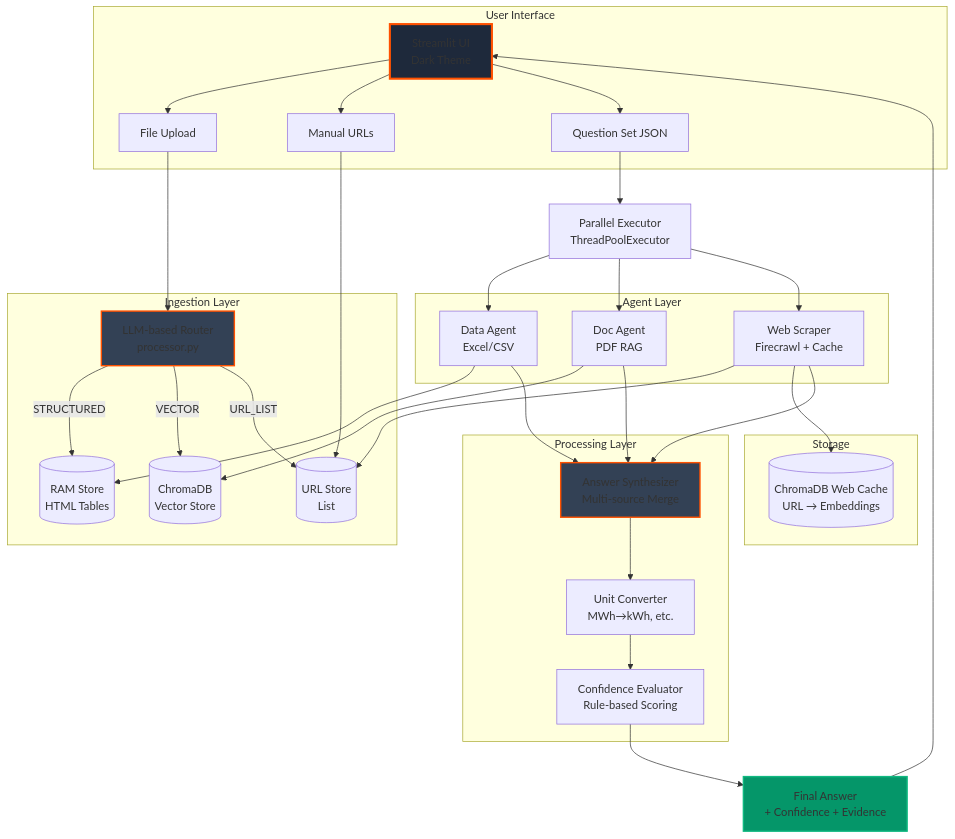
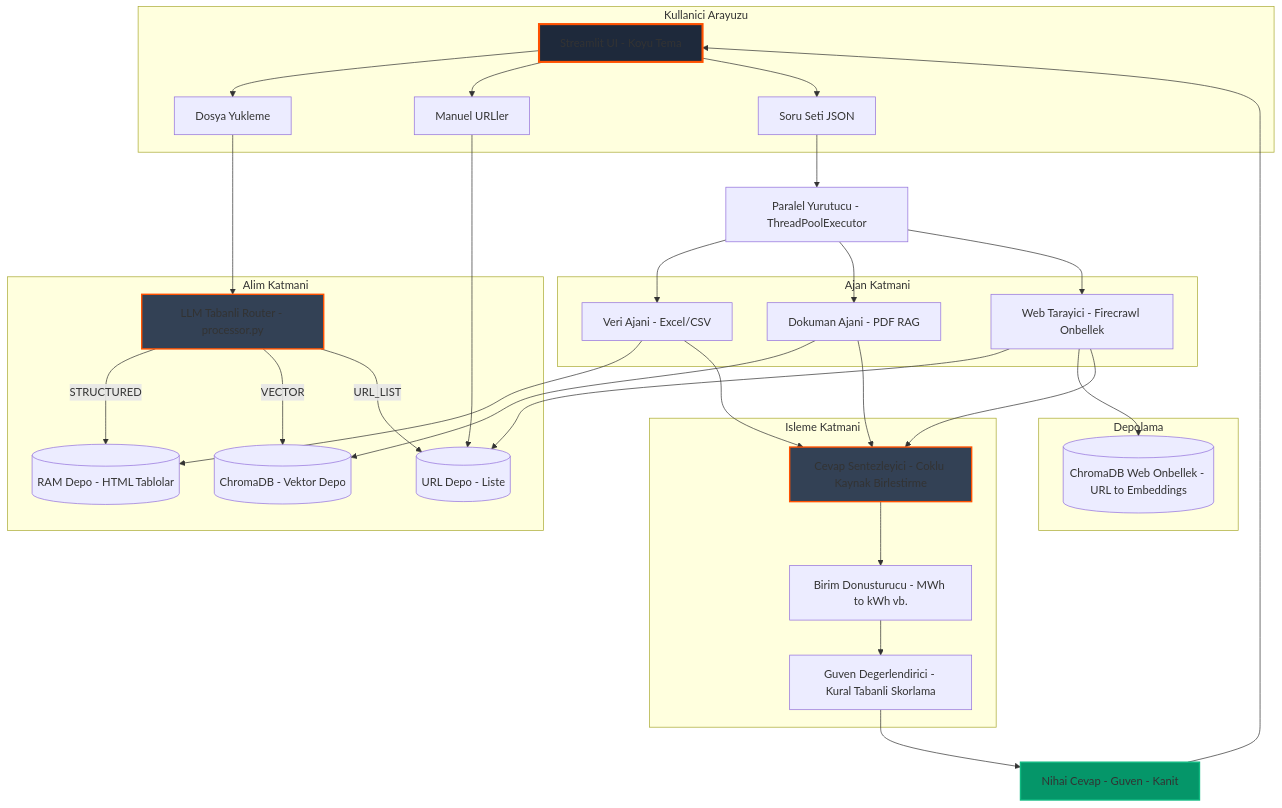
One commit to fillopisyu/KKB-Project changed the first of 8 diagrams in README.md. Above: the diagram before and after it, drawn with Mermaid. The commit also changed other lines of this file, not shown here.

First line of the commit message:
docs: Translate README to Turkish and fix Mermaid syntax errors

````diff
--- a/README.md
+++ b/README.md
@@ -122,67 +122,67 @@
 ```mermaid
 graph TB
-    subgraph "User Interface"
-        UI[Streamlit UI<br/>Dark Theme]
-        UPLOAD[File Upload]
-        URLS[Manual URLs]
-        JSON[Question Set JSON]
+    subgraph "Kullanici Arayuzu"
+        UI[Streamlit UI - Koyu Tema]
+        UPLOAD[Dosya Yukleme]
+        URLS[Manuel URLler]
+        JSON[Soru Seti JSON]
     end
     
-    subgraph "Ingestion Layer"
-        ROUTER[LLM-based Router<br/>processor.py]
-        ROUTER -->|STRUCTURED| RAM[(RAM Store<br/>HTML Tables)]
-        ROUTER -->|VECTOR| VECT[(ChromaDB<br/>Vector Store)]
-        ROUTER -->|URL_LIST| URLS_STORE[(URL Store<br/>List)]
+    subgraph "Alim Katmani"
+        ROUTER[LLM Tabanli Router - processor.py]
+        ROUTER -->|STRUCTURED| RAM[(RAM Depo - HTML Tablolar)]
+        ROUTER -->|VECTOR| VECT[(ChromaDB - Vektor Depo)]
+        ROUTER -->|URL_LIST| URLS_STORE[(URL Depo - Liste)]
     end
     
-    subgraph "Agent Layer"
-        DATA[Data Agent<br/>Excel/CSV]
-        DOC[Doc Agent<br/>PDF RAG]
-        WEB[Web Scraper<br/>Firecrawl + Cache]
+    subgraph "Ajan Katmani"
+        DATA[Veri Ajani - Excel/CSV]
+        DOC[Dokuman Ajani - PDF RAG]
+        WEB[Web Tarayici - Firecrawl Onbellek]
     end
     
-    subgraph "Processing Layer"
-        SYNTH[Answer Synthesizer<br/>Multi-source Merge]
-        CONV[Unit Converter<br/>MWh→kWh, etc.]
-        EVAL[Confidence Evaluator<br/>Rule-based Scoring]
+    subgraph "Isleme Katmani"
+        SYNTH[Cevap Sentezleyici - Coklu Kaynak Birlestirme]
+        CONV[Birim Donusturucu - MWh to kWh vb.]
+        EVAL[Guven Degerlendirici - Kural Tabanli Skorlama]
     end
     
-    subgraph "Storage"
+    subgraph "Depolama"
         RAM
         VECT
         URLS_STORE
-        CACHE[(ChromaDB Web Cache<br/>URL → Embeddings)]
+        CACHE[(ChromaDB Web Onbellek - URL to Embeddings)]
     end
     
     UI --> UPLOAD
     UI --> URLS
     UI --> JSON
     
     UPLOAD --> ROUTER
     URLS --> URLS_STORE
-    JSON --> PARALLEL[Parallel Executor<br/>ThreadPoolExecutor]
+    JSON --> PARALLEL[Paralel Yurutucu - ThreadPoolExecutor]
     
     PARALLEL --> DATA
     PARALLEL --> DOC
     PARALLEL --> WEB
     
     DATA --> RAM
     DOC --> VECT
     WEB --> URLS_STORE
     WEB --> CACHE
     
     DATA --> SYNTH
     DOC --> SYNTH
     WEB --> SYNTH
     
     SYNTH --> CONV
     CONV --> EVAL
-    EVAL --> RESULT[Final Answer<br/>+ Confidence + Evidence]
+    EVAL --> RESULT[Nihai Cevap - Guven - Kanit]
     
     RESULT --> UI
     
     style UI fill:#1e293b,stroke:#FF5100,stroke-width:3px
     style ROUTER fill:#334155,stroke:#FF5100,stroke-width:2px
     style SYNTH fill:#334155,stroke:#FF5100,stroke-width:2px
     style RESULT fill:#059669,stroke:#10b981,stroke-width:2px
 ```
````
